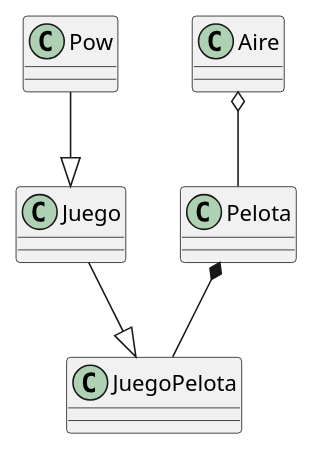
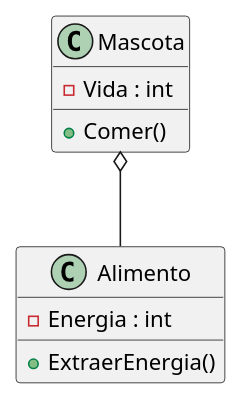
One commit to GabrielNievesRamirez/Hola-Mundo changed the diagram in docs/pow.puml. Above: the diagram before and after it, drawn with PlantUML. The commit also changed 3 other files, not shown here.

```diff
--- a/docs/pow.puml
+++ b/docs/pow.puml
@@ -1,15 +1,15 @@
 @startuml Pow
 
-class Pow 
-class Juego
-class JuegoPelota
-class Pelota
+class Mascota{
+    - Vida : int
+    + Comer()
+}
+class Alimento{
+    - Energia : int
+    + ExtraerEnergia()
+    
+}
 
-
-Pow --|> Juego
-Juego --|> JuegoPelota 
-Pelota *-- JuegoPelota
-Aire o-- Pelota
-
+Mascota o-- Alimento
 
 @enduml
```
